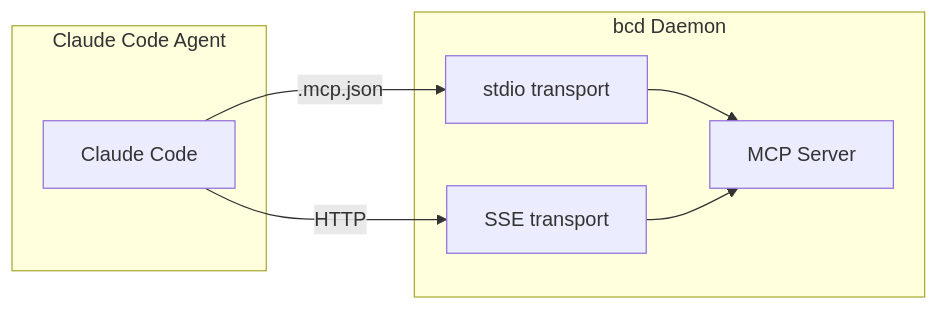
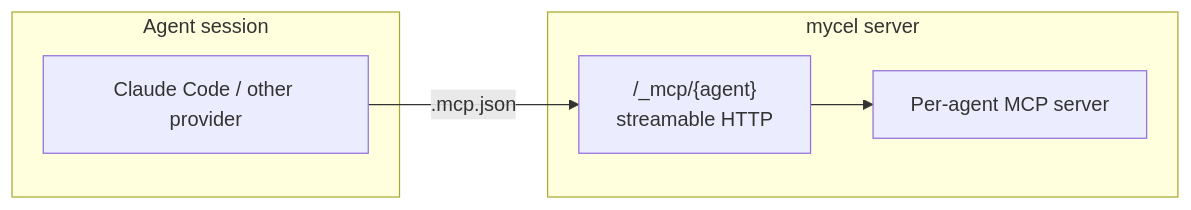
The diagram in docs/explanation/mcp.md (rpuneet/bc), drawn with Mermaid before and after one commit. The commit also changed other lines of this file and 59 other files, not shown here.

````diff
--- a/docs/explanation/mcp.md
+++ b/docs/explanation/mcp.md
@@ -9,15 +9,12 @@
 ```mermaid
 graph LR
-    subgraph "Claude Code Agent"
-        CC[Claude Code]
+    subgraph "Agent session"
+        CC[Claude Code / other provider]
     end
-    subgraph "bcd Daemon"
-        STDIO[stdio transport]
-        SSE_T[SSE transport]
-        MCP_S[MCP Server]
+    subgraph "mycel server"
+        HTTP["/_mcp/{agent}<br/>streamable HTTP"]
+        MCP_S[Per-agent MCP server]
     end
-    CC -->|.mcp.json| STDIO
-    CC -->|HTTP| SSE_T
-    STDIO --> MCP_S
-    SSE_T --> MCP_S
+    CC -->|.mcp.json| HTTP
+    HTTP --> MCP_S
 ```
````
